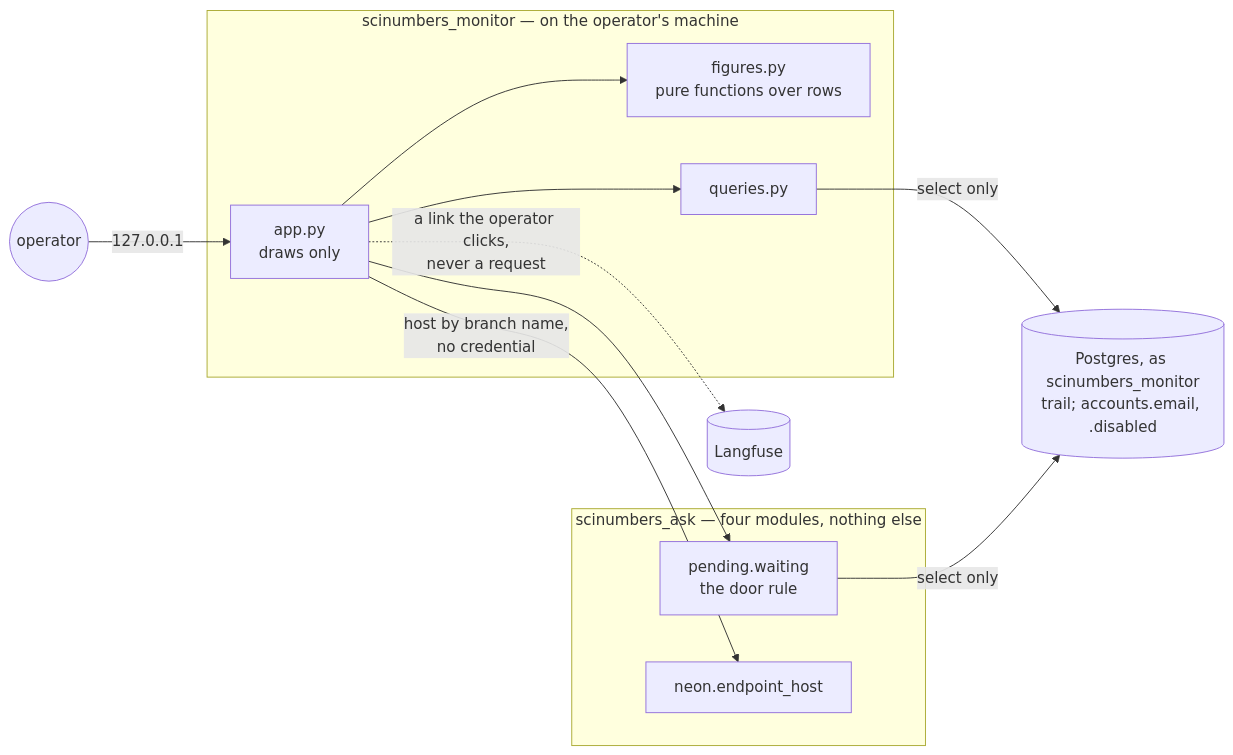
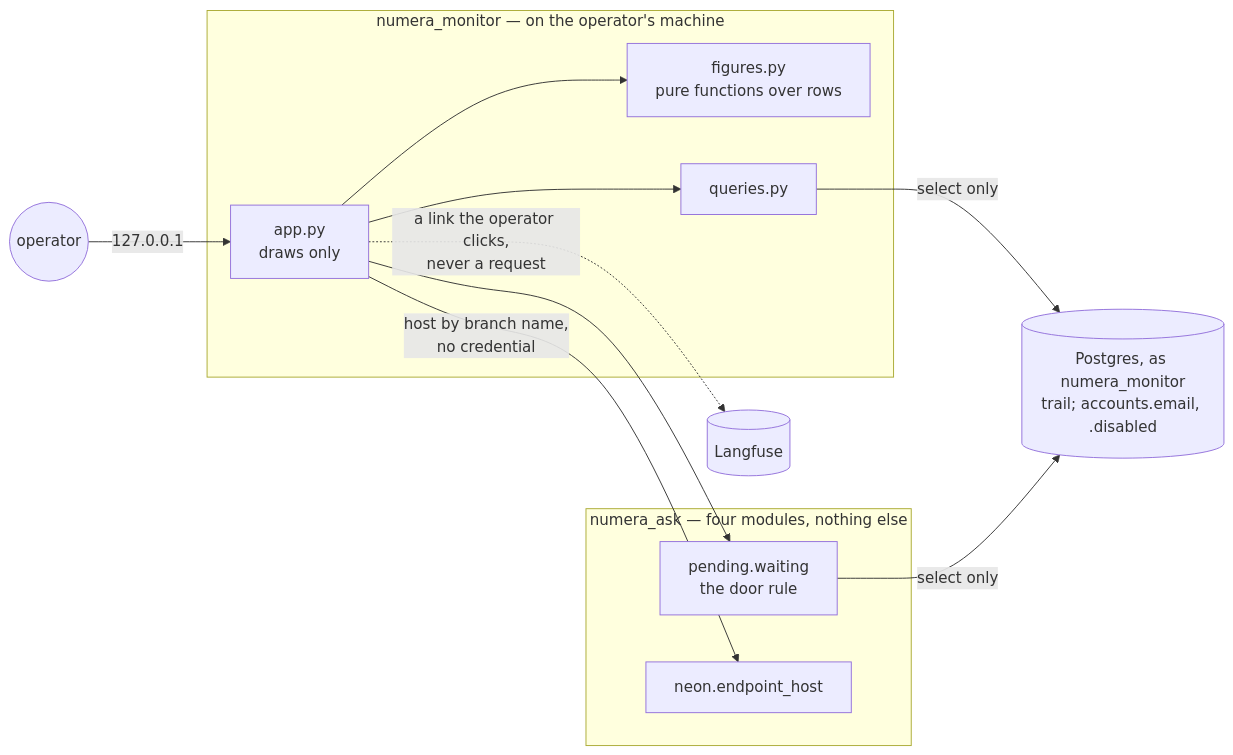
Before and after one commit to DukeOfErl/Numera: the seventh of 15 diagrams in docs/diagrams/architecture.md, drawn with Mermaid. The commit also changed other lines of this file and 28 other files, not shown here.

First line of the commit message:
Follow the rename to Numera on feat/monitor-dashboard; renumber its ADRs

````diff
--- a/docs/diagrams/architecture.md
+++ b/docs/diagrams/architecture.md
@@ -342,24 +342,24 @@
 ```mermaid
 flowchart LR
     op((operator))
-    subgraph mon["scinumbers_monitor — on the operator's machine"]
+    subgraph mon["numera_monitor — on the operator's machine"]
         app[app.py<br/>draws only]
         fig[figures.py<br/>pure functions over rows]
         q[queries.py]
     end
-    subgraph ask["scinumbers_ask — four modules, nothing else"]
+    subgraph ask["numera_ask — four modules, nothing else"]
         pend[pending.waiting<br/>the door rule]
         neon[neon.endpoint_host]
     end
-    pg[("Postgres, as scinumbers_monitor<br/>trail; accounts.email, .disabled")]
+    pg[("Postgres, as numera_monitor<br/>trail; accounts.email, .disabled")]
     lf[("Langfuse")]
 
     op -- "127.0.0.1" --> app
     app --> fig
     app --> q
     app --> pend
     q -- "select only" --> pg
     pend -- "select only" --> pg
     app -- "host by branch name,<br/>no credential" --> neon
     app -. "a link the operator clicks,<br/>never a request" .-> lf
 ```
````
